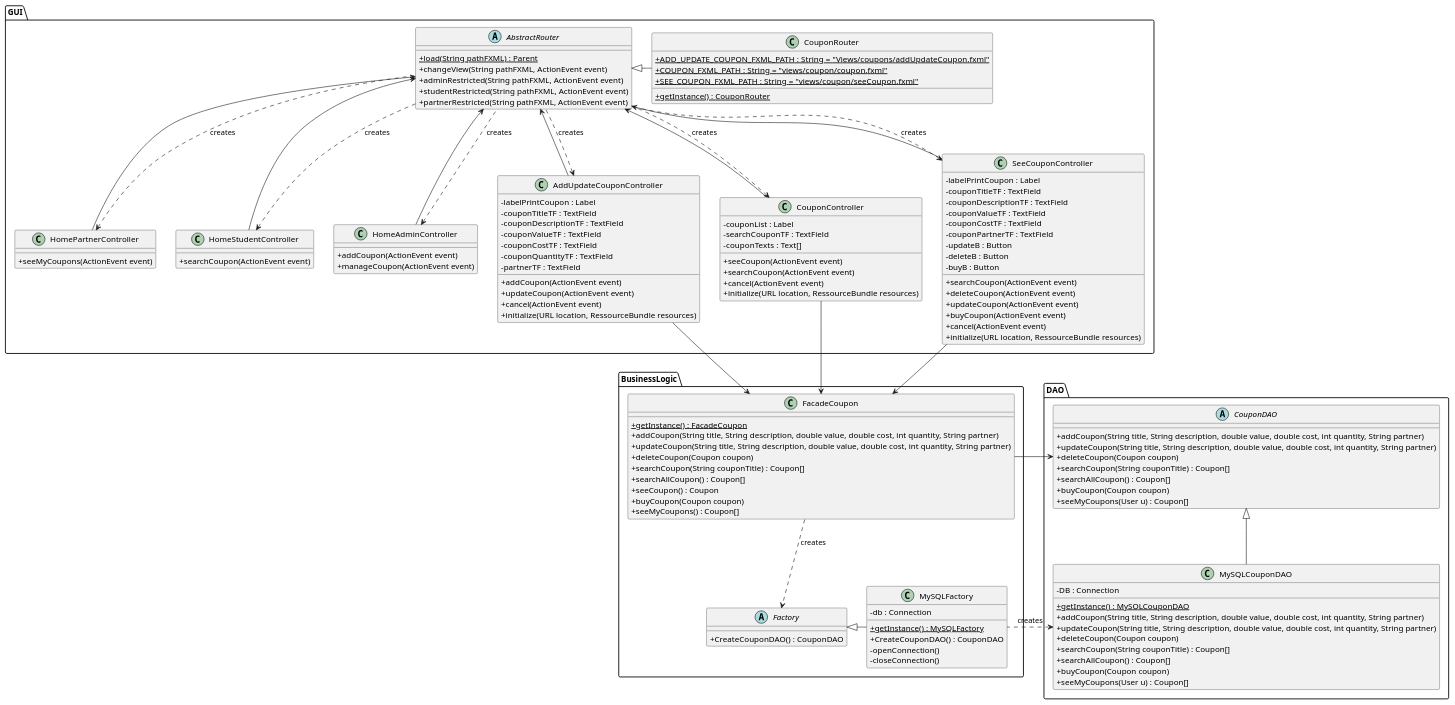
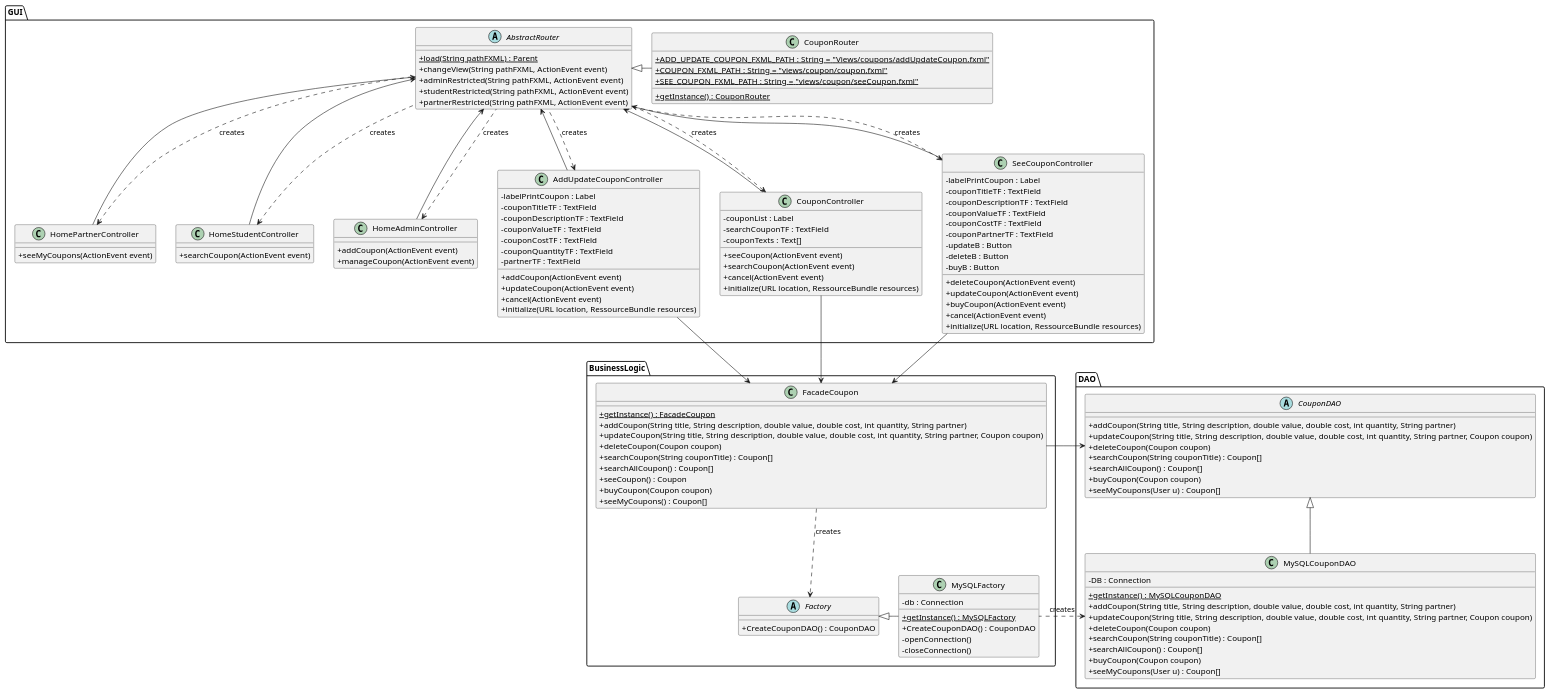
One commit to guiguie34/StudEasy changed the diagram in project_diagrams/classDiagrams/couponManagement.puml. Above: the diagram before and after it, drawn with PlantUML. The commit also changed 5 other files, not shown here.

Commit message:
fix all class Diagrams

```diff
--- a/project_diagrams/classDiagrams/couponManagement.puml
+++ b/project_diagrams/classDiagrams/couponManagement.puml
@@ -1,166 +1,165 @@
 @startuml
 skinparam classAttributeIconSize 0
 
 package GUI{
     abstract class AbstractRouter{
         + {static} load(String pathFXML) : Parent
         + changeView(String pathFXML, ActionEvent event)
         + adminRestricted(String pathFXML, ActionEvent event)
         + studentRestricted(String pathFXML, ActionEvent event)
         + partnerRestricted(String pathFXML, ActionEvent event)
 
     }
 
     class CouponRouter{
         + {static} ADD_UPDATE_COUPON_FXML_PATH : String = "Views/coupons/addUpdateCoupon.fxml"
         + {static} COUPON_FXML_PATH : String = "views/coupon/coupon.fxml"
         + {static} SEE_COUPON_FXML_PATH : String = "views/coupon/seeCoupon.fxml"
         + {static} getInstance() : CouponRouter
     }
 
     class HomePartnerController{
         + seeMyCoupons(ActionEvent event)
     }
 
     class HomeStudentController{
         + searchCoupon(ActionEvent event)
     }
 
     class HomeAdminController{
         + addCoupon(ActionEvent event)
         + manageCoupon(ActionEvent event)
 
     }
 
     class AddUpdateCouponController{
          - labelPrintCoupon : Label
          - couponTitleTF : TextField
          - couponDescriptionTF : TextField
          - couponValueTF : TextField
          - couponCostTF : TextField
          - couponQuantityTF : TextField
          - partnerTF : TextField
          + addCoupon(ActionEvent event)
          + updateCoupon(ActionEvent event)
          + cancel(ActionEvent event)
          + initialize(URL location, RessourceBundle resources)
     }
 
     class CouponController{
 
          - couponList : Label
          - searchCouponTF : TextField
          - couponTexts : Text[]
          + seeCoupon(ActionEvent event)
          + searchCoupon(ActionEvent event)
          + cancel(ActionEvent event)
          + initialize(URL location, RessourceBundle resources)
 
     }
 
     class SeeCouponController{
         - labelPrintCoupon : Label
         - couponTitleTF : TextField
         - couponDescriptionTF : TextField
         - couponValueTF : TextField
         - couponCostTF : TextField
         - couponPartnerTF : TextField
         - updateB : Button
         - deleteB : Button
         - buyB : Button
-        + searchCoupon(ActionEvent event)
         + deleteCoupon(ActionEvent event)
         + updateCoupon(ActionEvent event)
         + buyCoupon(ActionEvent event)
         + cancel(ActionEvent event)
         + initialize(URL location, RessourceBundle resources)
     }
 
         AbstractRouter <|-right- CouponRouter
 
         AbstractRouter <-- HomePartnerController
         AbstractRouter <-- HomeStudentController
         AbstractRouter <-- HomeAdminController
         AbstractRouter <-- AddUpdateCouponController
         AbstractRouter <-- CouponController
         AbstractRouter <-- SeeCouponController
 
         HomePartnerController <.. AbstractRouter : creates
         HomeStudentController <.. AbstractRouter : creates
         HomeAdminController <.. AbstractRouter : creates
         AddUpdateCouponController <.. AbstractRouter : creates
         SeeCouponController <.. AbstractRouter : creates
         CouponController <.. AbstractRouter : creates
 }
 
 package BusinessLogic{
 
     class FacadeCoupon{
         + {static} getInstance() : FacadeCoupon
         + addCoupon(String title, String description, double value, double cost, int quantity, String partner)
-        + updateCoupon(String title, String description, double value, double cost, int quantity, String partner)
+        + updateCoupon(String title, String description, double value, double cost, int quantity, String partner, Coupon coupon)
         + deleteCoupon(Coupon coupon)
         + searchCoupon(String couponTitle) : Coupon[]
         + searchAllCoupon() : Coupon[]
         + seeCoupon() : Coupon
         + buyCoupon(Coupon coupon)
         + seeMyCoupons() : Coupon[]
 
     }
 
     abstract class Factory{
 
         + CreateCouponDAO() : CouponDAO
     }
 
     class MySQLFactory{
         - db : Connection
         + {static} getInstance() : MySQLFactory
         + CreateCouponDAO() : CouponDAO
         - openConnection()
         - closeConnection()
     }
 
 
     AddUpdateCouponController --> FacadeCoupon
     CouponController --> FacadeCoupon
     SeeCouponController --> FacadeCoupon
 
     FacadeCoupon ..> Factory  : creates
     MySQLFactory -left-|> Factory
 }
 
 package DAO{
 
     abstract class CouponDAO{
         + addCoupon(String title, String description, double value, double cost, int quantity, String partner)
-        + updateCoupon(String title, String description, double value, double cost, int quantity, String partner)
+        + updateCoupon(String title, String description, double value, double cost, int quantity, String partner, Coupon coupon)
         + deleteCoupon(Coupon coupon)
         + searchCoupon(String couponTitle) : Coupon[]
         + searchAllCoupon() : Coupon[]
         + buyCoupon(Coupon coupon)
         + seeMyCoupons(User u) : Coupon[]
 
     }
 
     class MySQLCouponDAO{
 
         - DB : Connection
         + {static} getInstance() : MySQLCouponDAO
         + addCoupon(String title, String description, double value, double cost, int quantity, String partner)
-        + updateCoupon(String title, String description, double value, double cost, int quantity, String partner)
+        + updateCoupon(String title, String description, double value, double cost, int quantity, String partner, Coupon coupon)
         + deleteCoupon(Coupon coupon)
         + searchCoupon(String couponTitle) : Coupon[]
         + searchAllCoupon() : Coupon[]
         + buyCoupon(Coupon coupon)
         + seeMyCoupons(User u) : Coupon[]
 
     }
 
     MySQLCouponDAO -up-|> CouponDAO
     CouponDAO <-right- FacadeCoupon
 
     MySQLCouponDAO <.right. MySQLFactory : creates
 }
 
 @enduml
```
